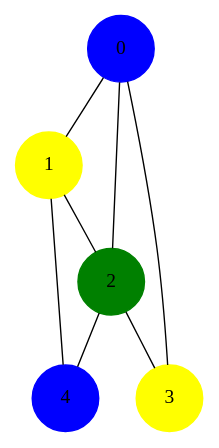
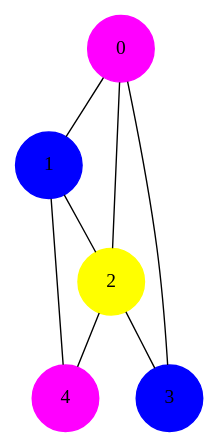
The diagram in cursach/graph_coloring/file.dot (dryagindenisrus/ssanie-labi), drawn with Graphviz before and after one commit. The commit also changed 2 other files, not shown here.

Commit message:
create graph_coloring

```diff
--- a/cursach/graph_coloring/file.dot
+++ b/cursach/graph_coloring/file.dot
@@ -1,15 +1,15 @@
 graph Graph_сoloring { 
 	node [shape=circle width=0.66 style=filled]
-	0 [color = blue label="0"]
-	1 [color = yellow label="1"]
-	2 [color = green label="2"]
-	3 [color = yellow label="3"]
-	4 [color = blue label="4"]
+	0 [color = magenta label="0"]
+	1 [color = blue label="1"]
+	2 [color = yellow label="2"]
+	3 [color = blue label="3"]
+	4 [color = magenta label="4"]
 	0 -- 1;
 	0 -- 2;
 	0 -- 3;
 	1 -- 2;
 	1 -- 4;
 	2 -- 3;
 	2 -- 4;
 }
```
